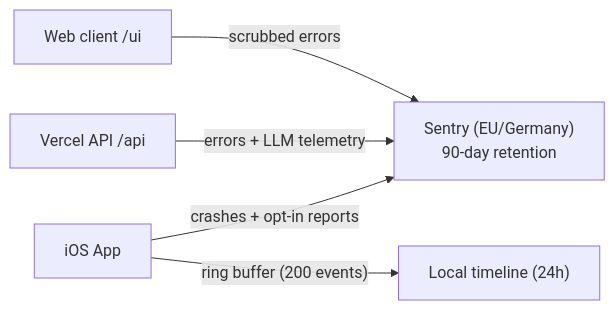
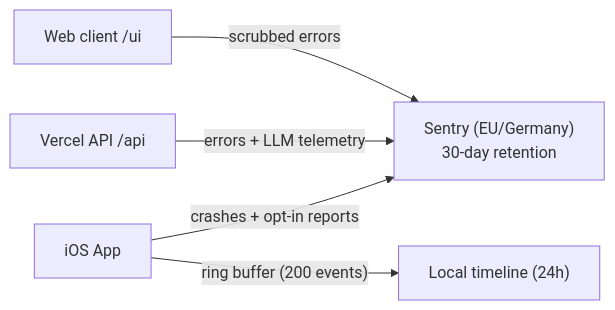
Before and after one commit to sibling-shipyard/coach-hq: the diagram in docs/plans/sentry-lld.md, drawn with Mermaid. The commit also changed other lines of this file, not shown here.

First line of the commit message:
core: correct the LLD's retention figures too (#585)

````diff
--- a/docs/plans/sentry-lld.md
+++ b/docs/plans/sentry-lld.md
@@ -13,7 +13,7 @@
 ```mermaid
 flowchart LR
-    W["Web client /ui"] -- "scrubbed errors" --> S["Sentry (EU/Germany)<br/>90-day retention"]
+    W["Web client /ui"] -- "scrubbed errors" --> S["Sentry (EU/Germany)<br/>30-day retention"]
     A["Vercel API /api"] -- "errors + LLM telemetry" --> S
     I["iOS App"] -- "crashes + opt-in reports" --> S
     I -- "ring buffer (200 events)" --> T["Local timeline (24h)"]
 ```
````
